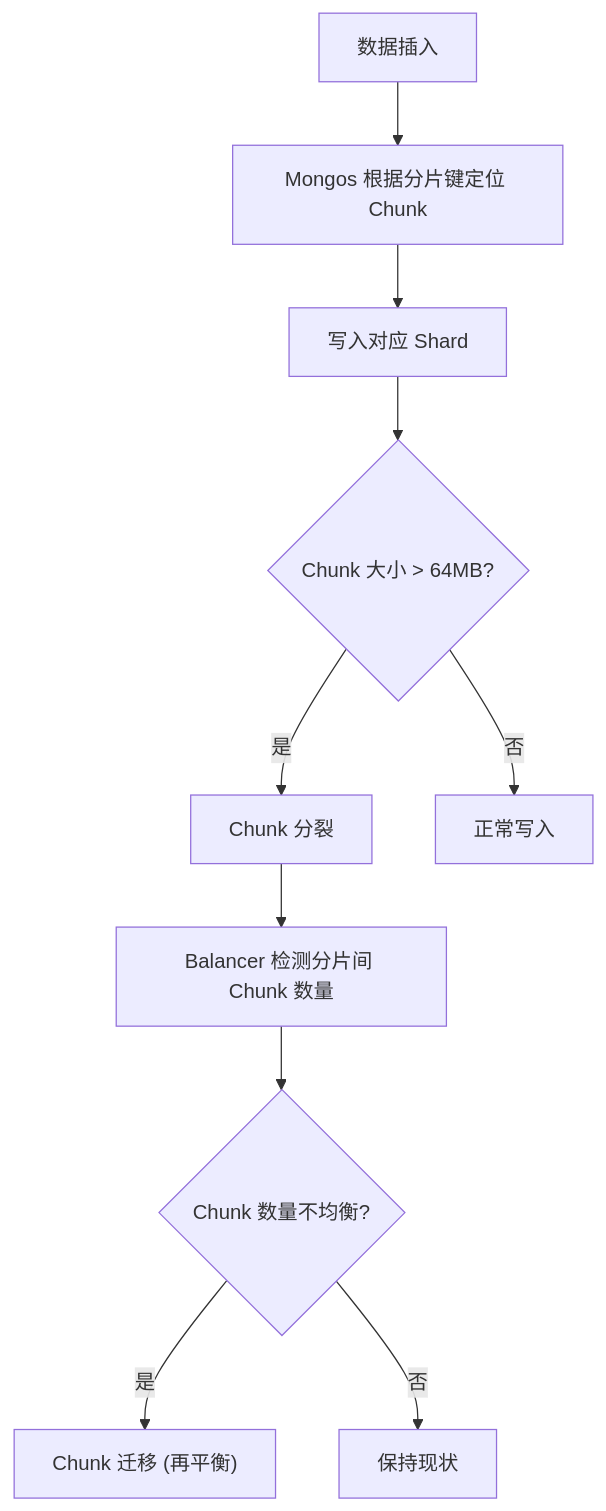
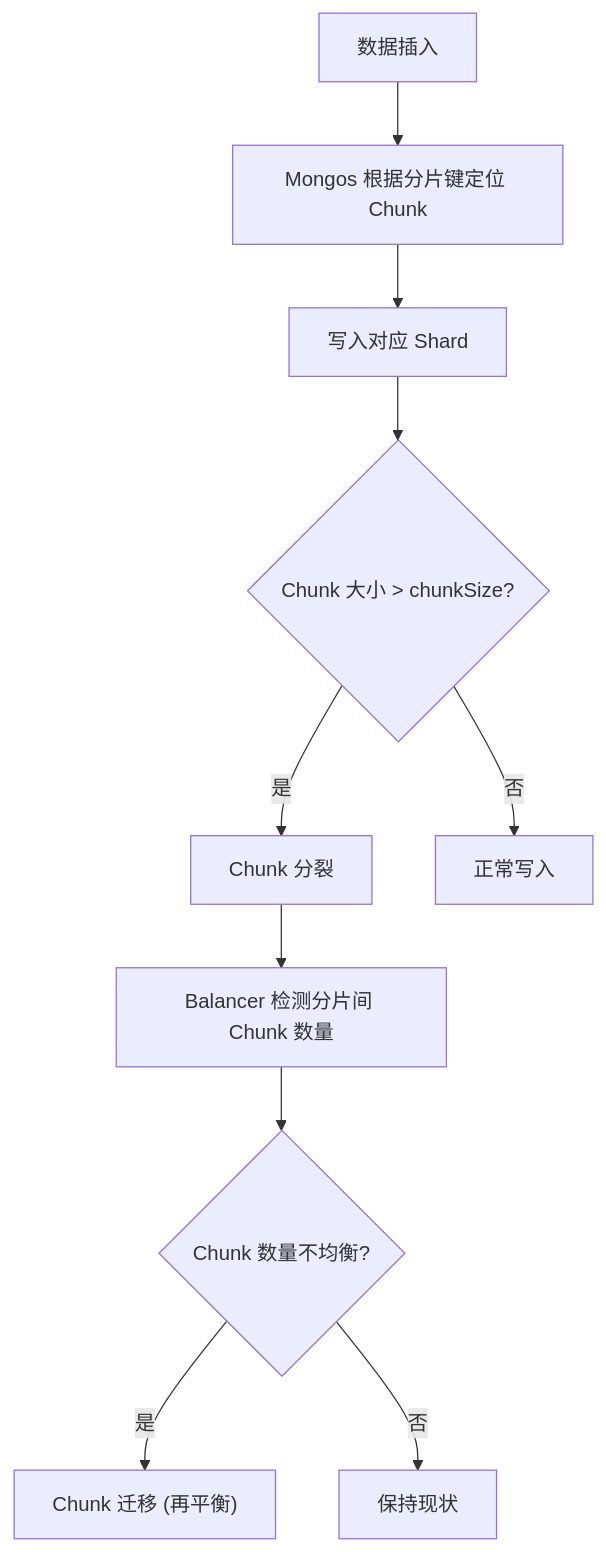
Before and after one commit to dunwu/waterdrop: the seventh of 9 diagrams in docs/12.数据库/文档数据库/MongoDB/[MongoDB]面试.md, drawn with Mermaid. The commit also changed other lines of this file and 73 other files, not shown here.

````diff
--- a/docs/12.数据库/文档数据库/MongoDB/[MongoDB]面试.md
+++ b/docs/12.数据库/文档数据库/MongoDB/[MongoDB]面试.md
@@ -1300,12 +1751,12 @@
 ```mermaid
 graph TB
     A["数据插入"] --> B["Mongos 根据分片键定位 Chunk"]
     B --> C["写入对应 Shard"]
-    C --> D{"Chunk 大小 > 64MB?"}
+    C --> D{"Chunk 大小 > chunkSize?"}
     D -->|"是"| E["Chunk 分裂"]
     D -->|"否"| F["正常写入"]
     E --> G["Balancer 检测分片间 Chunk 数量"]
     G --> H{"Chunk 数量不均衡?"}
     H -->|"是"| I["Chunk 迁移 (再平衡)"]
     H -->|"否"| J["保持现状"]
 ```
````
